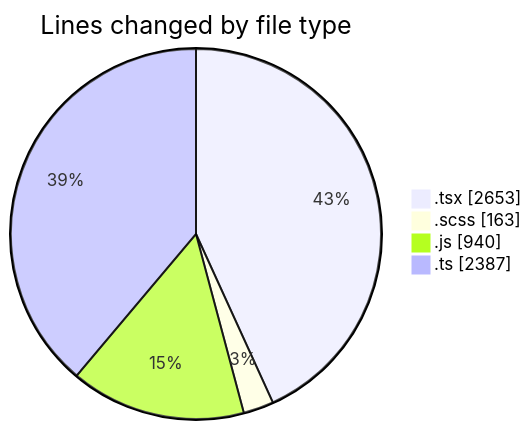
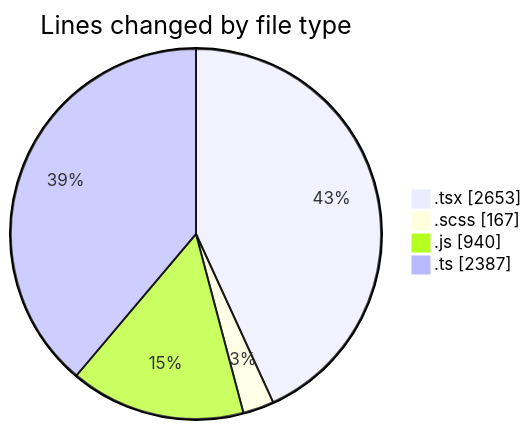
One commit to momahboobian/code-tracking changed the first of 2 diagrams in 2026-07-15/cda/README.md. Above: the diagram before and after it, drawn with Mermaid. The commit also changed other lines of this file and 1 other file, not shown here.

````diff
--- a/2026-07-15/cda/README.md
+++ b/2026-07-15/cda/README.md
@@ -51,8 +51,8 @@
 ```mermaid
 pie showData
 title Lines changed by file type
 ".tsx" : 2653
-".scss" : 163
+".scss" : 167
 ".js" : 940
 ".ts" : 2387
 ```
````
